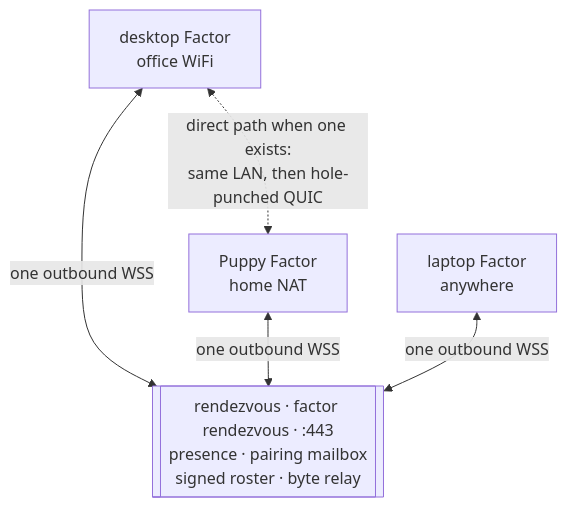
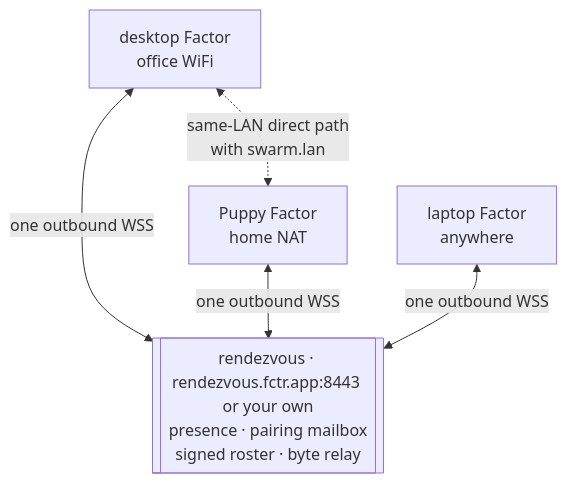
The diagram in docs/assets/swarm-topology.mmd (cyqlelabs/factor), drawn with Mermaid before and after one commit. The commit also changed 14 other files, not shown here.

```diff
--- a/docs/assets/swarm-topology.mmd
+++ b/docs/assets/swarm-topology.mmd
@@ -1,9 +1,9 @@
 flowchart TB
     A["desktop Factor<br/>office WiFi"]
     B["Puppy Factor<br/>home NAT"]
     C["laptop Factor<br/>anywhere"]
-    A <-.->|"direct path when one exists:<br/>same LAN, then hole-punched QUIC"| B
-    RV[["rendezvous · factor rendezvous · :443<br/>presence · pairing mailbox<br/>signed roster · byte relay"]]
+    A <-.->|"same-LAN direct path<br/>with swarm.lan"| B
+    RV[["rendezvous · rendezvous.fctr.app:8443 or your own<br/>presence · pairing mailbox<br/>signed roster · byte relay"]]
     A <-->|"one outbound WSS"| RV
     B <-->|"one outbound WSS"| RV
     C <-->|"one outbound WSS"| RV
```
